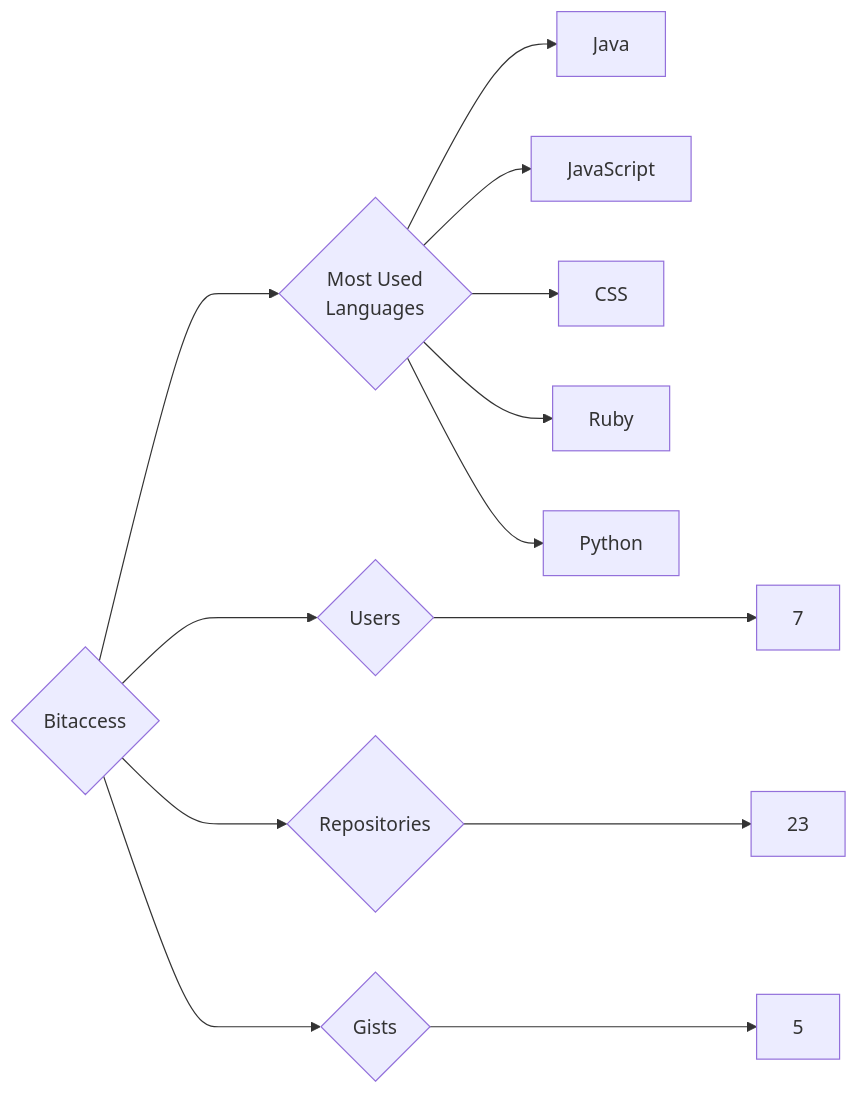
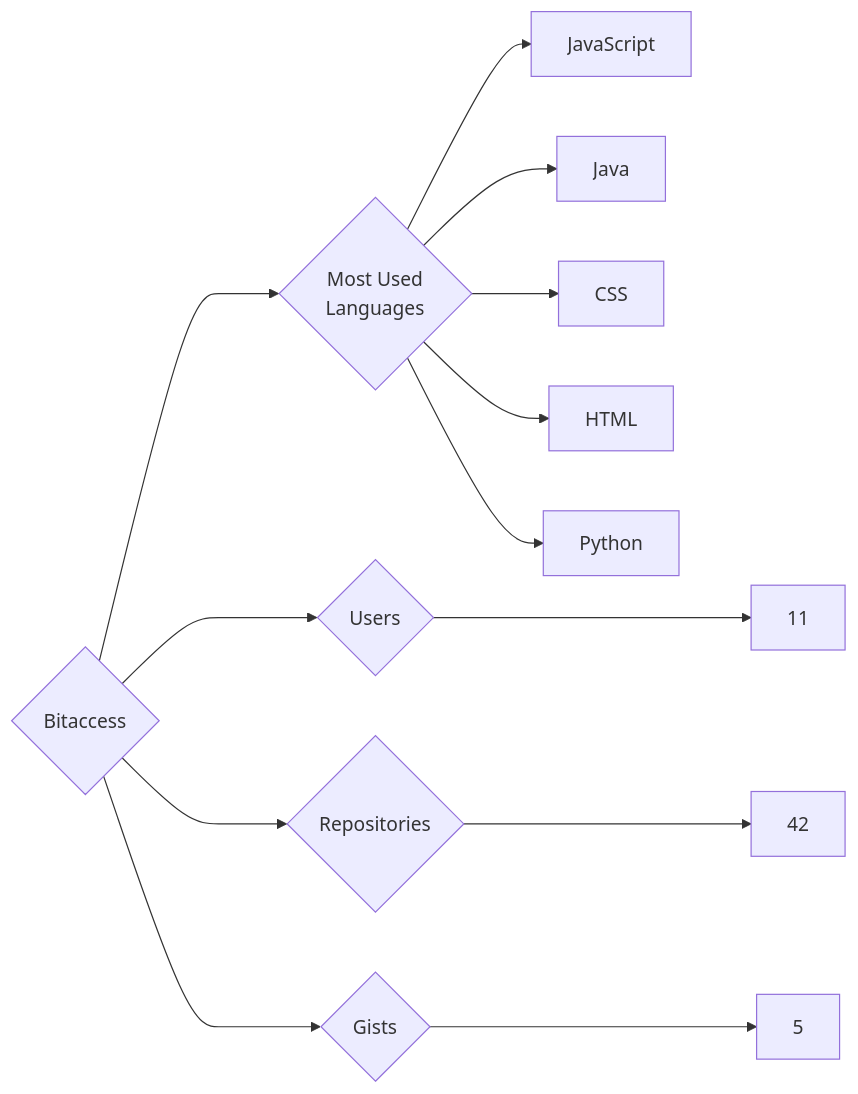
One commit to trickest/insiders changed the diagram in targets/Bitaccess/README.md. Above: the diagram before and after it, drawn with Mermaid. The commit also changed 1092 other files, not shown here.

````diff
--- a/targets/Bitaccess/README.md
+++ b/targets/Bitaccess/README.md
@@ -3,13 +3,13 @@
 ```mermaid
 graph LR
 COMPANY_NAME{Bitaccess}
-COMPANY_NAME ---> U{Users} ---> UN[7]
-COMPANY_NAME ---> R{Repositories} ---> RN[23]
+COMPANY_NAME ---> U{Users} ---> UN[11]
+COMPANY_NAME ---> R{Repositories} ---> RN[42]
 COMPANY_NAME ---> G{Gists} ---> GN[5]
 COMPANY_NAME ---> ML{Most Used<br>Languages}
+ML --> JavaScript[JavaScript]
 ML --> Java[Java]
-ML --> JavaScript[JavaScript]
 ML --> CSS[CSS]
-ML --> Ruby[Ruby]
+ML --> HTML[HTML]
 ML --> Python[Python]
 ```
````
